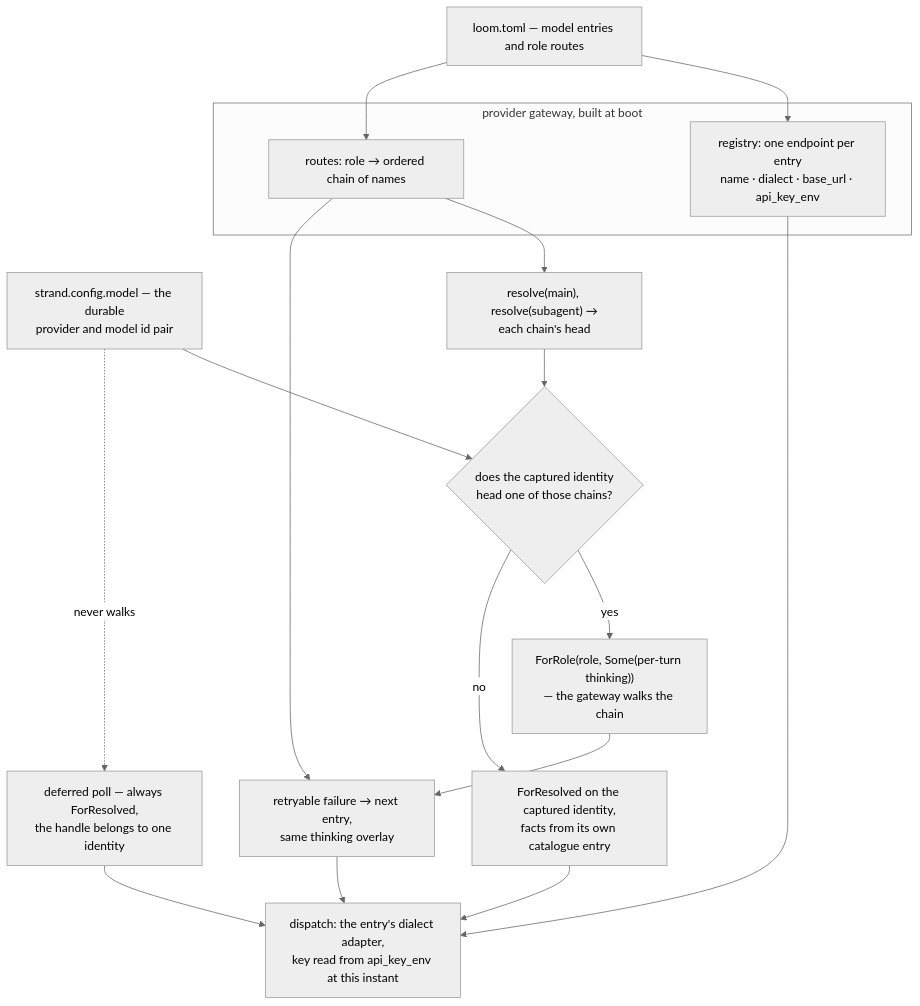
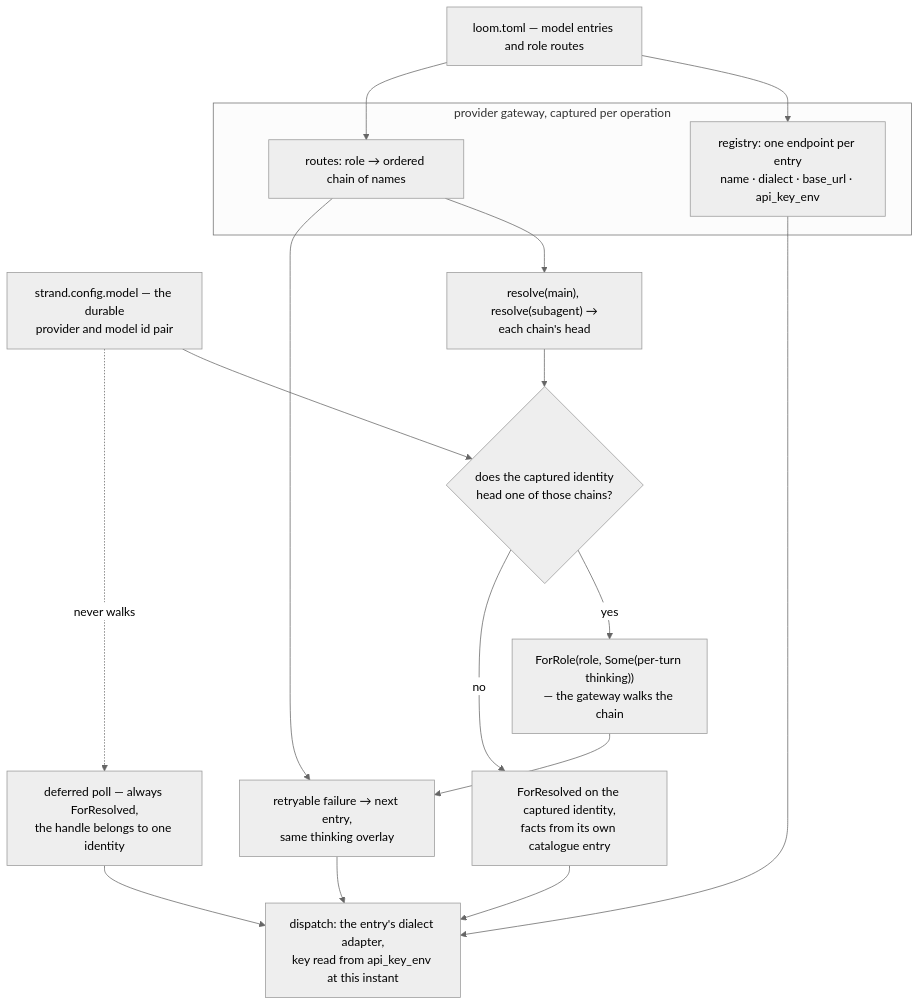
The diagram in docs/architecture/models.md (Roasbeef/loom), drawn with Mermaid (neutral theme) before and after one commit. The commit also changed other lines of this file and 13 other files, not shown here.

````diff
--- a/docs/architecture/models.md
+++ b/docs/architecture/models.md
@@ -330,38 +390,38 @@
 ```mermaid
 flowchart TB
     TOML["loom.toml — model entries and role routes"]
 
-    subgraph GW["provider gateway, built at boot"]
+    subgraph GW["provider gateway, captured per operation"]
         REG["registry: one endpoint per entry<br/>name · dialect · base_url · api_key_env"]
         RT["routes: role → ordered chain of names"]
     end
 
     TOML --> REG
     TOML --> RT
 
     CFG["strand.config.model — the durable<br/>provider and model id pair"]
     RES["resolve(main), resolve(subagent) →<br/>each chain's head"]
     RT --> RES
 
     TGT{"does the captured identity<br/>head one of those chains?"}
     RES --> TGT
     CFG --> TGT
 
     ROLE["ForRole(role, Some(per-turn thinking))<br/>— the gateway walks the chain"]
     FB["ForResolved on the captured identity,<br/>facts from its own catalogue entry"]
     TGT -- yes --> ROLE
     TGT -- no --> FB
 
     WALK["retryable failure → next entry,<br/>same thinking overlay"]
     ROLE --> WALK
     RT --> WALK
 
     DISP["dispatch: the entry's dialect adapter,<br/>key read from api_key_env at this instant"]
     WALK --> DISP
     FB --> DISP
     REG --> DISP
 
     POLL["deferred poll — always ForResolved,<br/>the handle belongs to one identity"]
     CFG -. never walks .-> POLL
     POLL --> DISP
 ```
````
